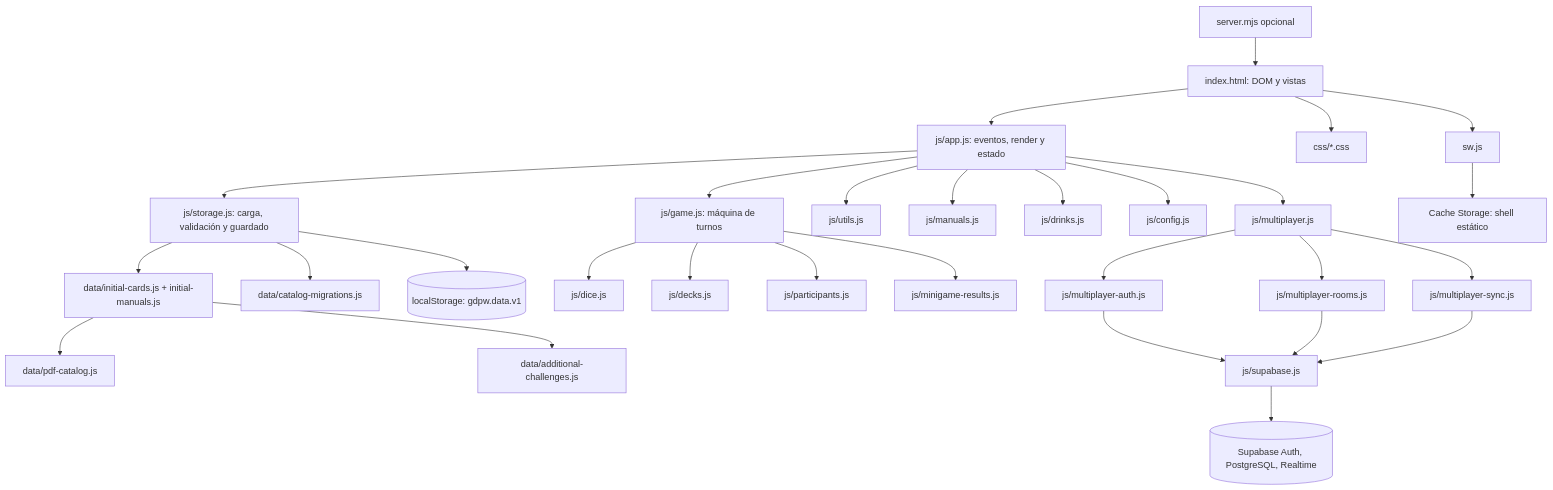
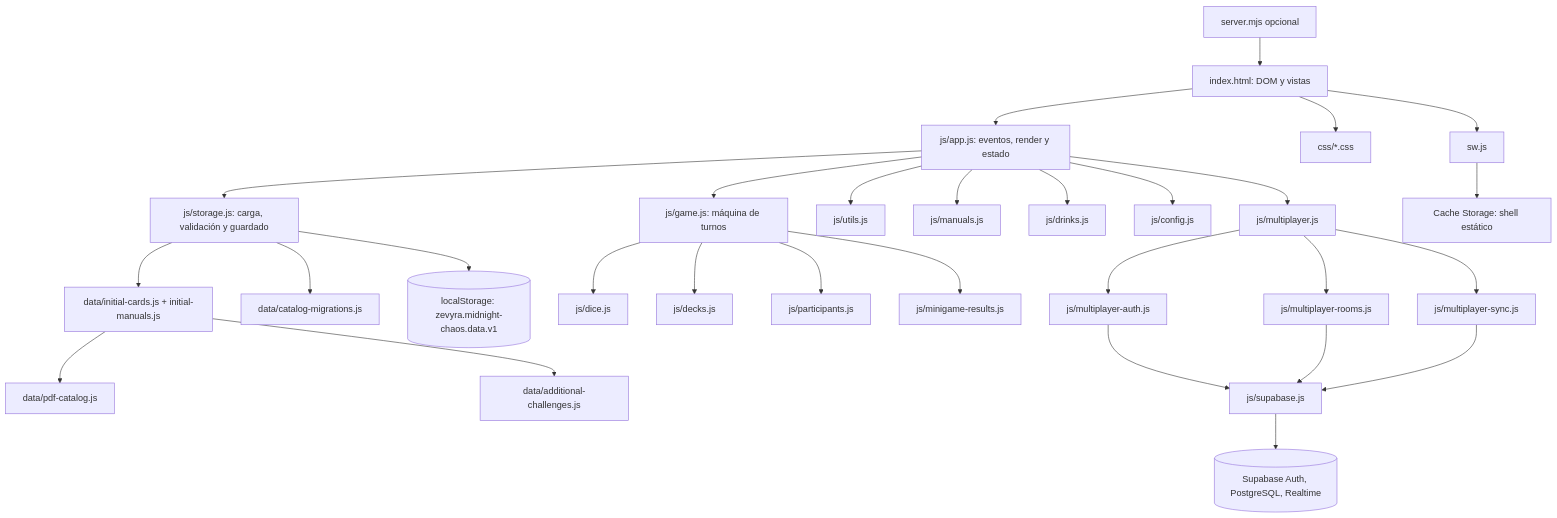
One commit to orion-automations/getdrunkparty.github.io changed the diagram in DOCUMENTACION_TECNICA/02_ARQUITECTURA_Y_FUNCIONAMIENTO.md. Above: the diagram before and after it, drawn with Mermaid. The commit also changed other lines of this file and 33 other files, not shown here.

````diff
--- a/DOCUMENTACION_TECNICA/02_ARQUITECTURA_Y_FUNCIONAMIENTO.md
+++ b/DOCUMENTACION_TECNICA/02_ARQUITECTURA_Y_FUNCIONAMIENTO.md
@@ -5,31 +5,31 @@
 ```mermaid
 flowchart TD
   HTML[index.html: DOM y vistas] --> APP[js/app.js: eventos, render y estado]
   APP --> STORE[js/storage.js: carga, validación y guardado]
   STORE --> INIT[data/initial-cards.js + initial-manuals.js]
   INIT --> PDF[data/pdf-catalog.js]
   INIT --> ADD[data/additional-challenges.js]
   STORE --> MIG[data/catalog-migrations.js]
   APP --> GAME[js/game.js: máquina de turnos]
   GAME --> DICE[js/dice.js]
   GAME --> DECK[js/decks.js]
   GAME --> PLAYER[js/participants.js]
   GAME --> MINI[js/minigame-results.js]
   APP --> UTILS[js/utils.js]
   APP --> MAN[js/manuals.js]
   APP --> DRINK[js/drinks.js]
   APP --> CONFIG[js/config.js]
   APP --> MP[js/multiplayer.js]
   MP --> AUTH[js/multiplayer-auth.js]
   MP --> ROOMS[js/multiplayer-rooms.js]
   MP --> SYNC[js/multiplayer-sync.js]
   AUTH --> SDK[js/supabase.js]
   ROOMS --> SDK
   SYNC --> SDK
   SDK --> SB[(Supabase Auth, PostgreSQL, Realtime)]
   HTML --> CSS[css/*.css]
   HTML --> SW[sw.js]
   SW --> CACHE[Cache Storage: shell estático]
-  STORE --> LS[(localStorage: gdpw.data.v1)]
+  STORE --> LS[(localStorage: zevyra.midnight-chaos.data.v1)]
   SERVER[server.mjs opcional] --> HTML
 ```
````
